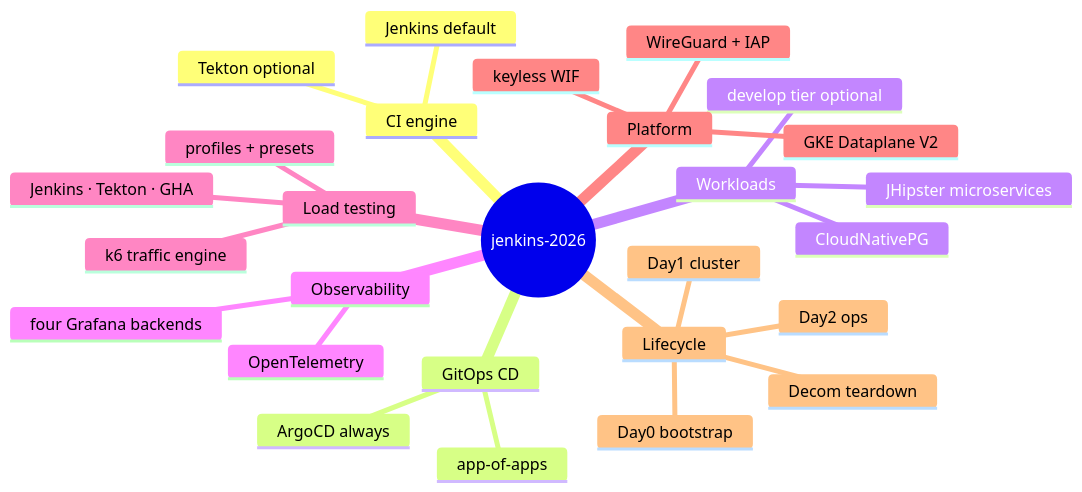
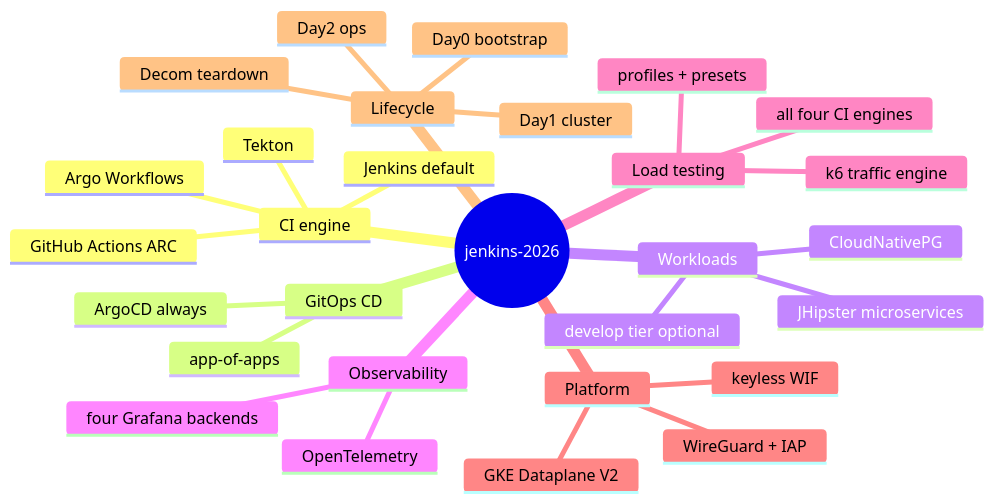
One commit to nubenetes/jenkins-2026 changed the first of 4 diagrams in README.md. Above: the diagram before and after it, drawn with Mermaid. The commit also changed other lines of this file and 28 other files, not shown here.

````diff
--- a/README.md
+++ b/README.md
@@ -35,30 +35,32 @@
 ```mermaid
 mindmap
   root((jenkins-2026))
     CI engine
       Jenkins default
-      Tekton optional
+      Tekton
+      GitHub Actions ARC
+      Argo Workflows
     GitOps CD
       ArgoCD always
       app-of-apps
     Workloads
       JHipster microservices
       CloudNativePG
       develop tier optional
     Observability
       OpenTelemetry
       four Grafana backends
     Load testing
       k6 traffic engine
       profiles + presets
-      Jenkins · Tekton · GHA
+      all four CI engines
     Platform
       GKE Dataplane V2
       WireGuard + IAP
       keyless WIF
     Lifecycle
       Day0 bootstrap
       Day1 cluster
       Day2 ops
       Decom teardown
 ```
````
